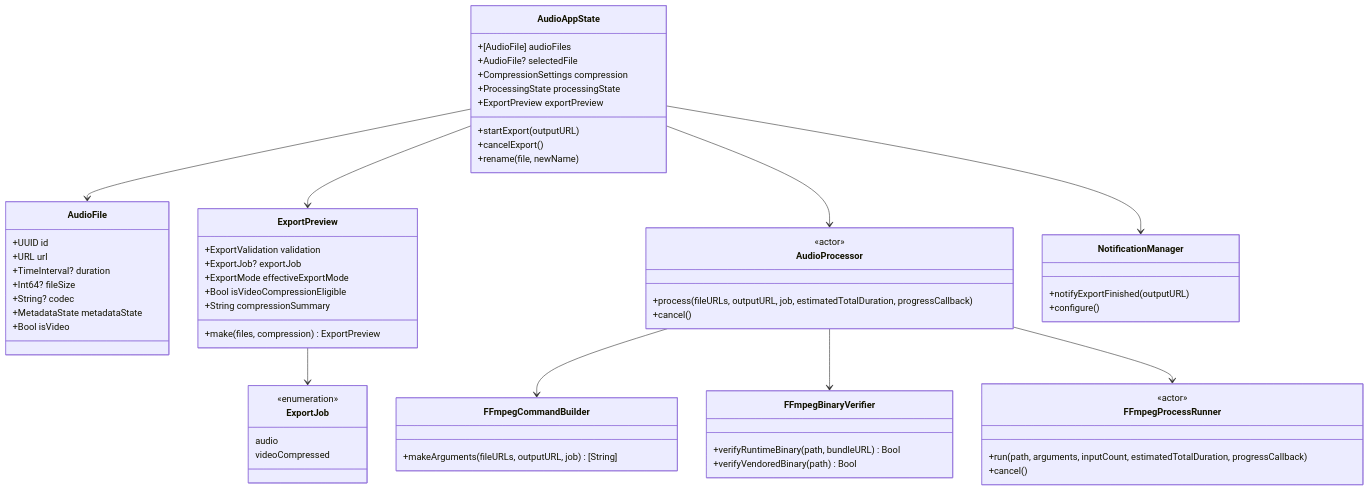
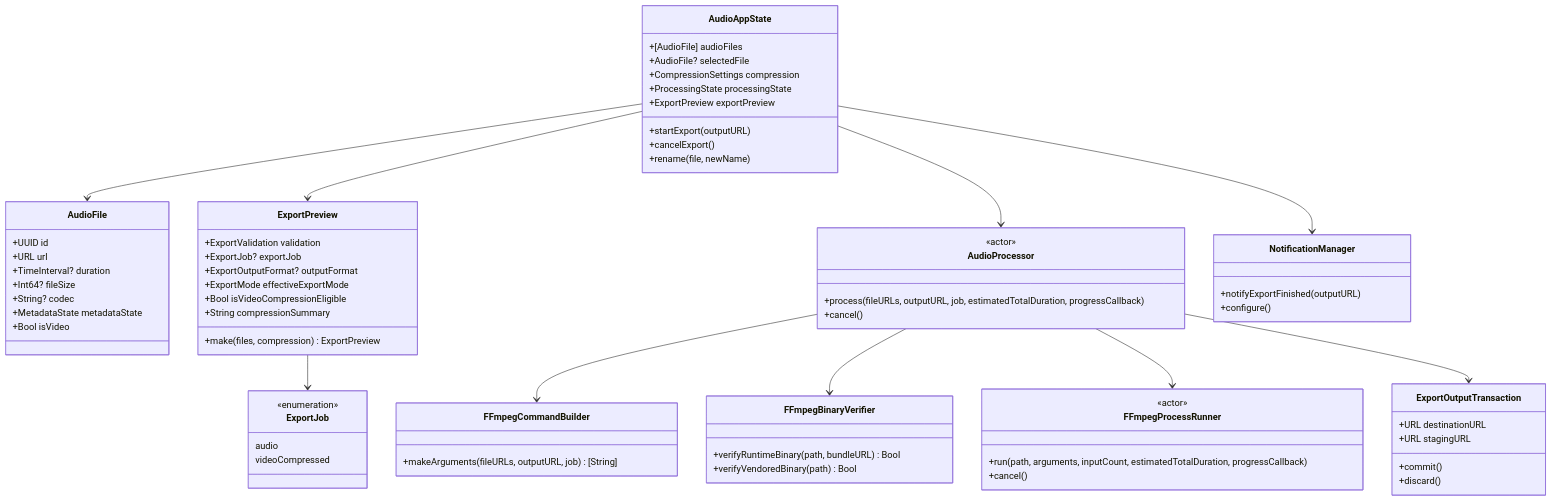
Before and after one commit to CometaSensitiva/AudioPro: the third of 8 diagrams in docs/architecture.md, drawn with Mermaid. The commit also changed other lines of this file and 12 other files, not shown here.

````diff
--- a/docs/architecture.md
+++ b/docs/architecture.md
@@ -74,73 +76,82 @@
 ```mermaid
 classDiagram
     class AudioFile {
         +UUID id
         +URL url
         +TimeInterval? duration
         +Int64? fileSize
         +String? codec
         +MetadataState metadataState
         +Bool isVideo
     }
 
     class AudioAppState {
         +[AudioFile] audioFiles
         +AudioFile? selectedFile
         +CompressionSettings compression
         +ProcessingState processingState
         +ExportPreview exportPreview
         +startExport(outputURL)
         +cancelExport()
         +rename(file, newName)
     }
 
     class ExportPreview {
         +ExportValidation validation
         +ExportJob? exportJob
+        +ExportOutputFormat? outputFormat
         +ExportMode effectiveExportMode
         +Bool isVideoCompressionEligible
         +String compressionSummary
         +make(files, compression) ExportPreview
     }
 
     class ExportJob {
         <<enumeration>>
         audio
         videoCompressed
     }
 
     class AudioProcessor {
         <<actor>>
         +process(fileURLs, outputURL, job, estimatedTotalDuration, progressCallback)
         +cancel()
     }
 
     class FFmpegCommandBuilder {
         +makeArguments(fileURLs, outputURL, job) [String]
     }
 
     class FFmpegBinaryVerifier {
         +verifyRuntimeBinary(path, bundleURL) Bool
         +verifyVendoredBinary(path) Bool
     }
 
     class FFmpegProcessRunner {
         <<actor>>
         +run(path, arguments, inputCount, estimatedTotalDuration, progressCallback)
         +cancel()
     }
 
+    class ExportOutputTransaction {
+        +URL destinationURL
+        +URL stagingURL
+        +commit()
+        +discard()
+    }
+
     class NotificationManager {
         +notifyExportFinished(outputURL)
         +configure()
     }
 
     AudioAppState --> AudioFile
     AudioAppState --> ExportPreview
     ExportPreview --> ExportJob
     AudioAppState --> AudioProcessor
     AudioAppState --> NotificationManager
     AudioProcessor --> FFmpegCommandBuilder
     AudioProcessor --> FFmpegBinaryVerifier
     AudioProcessor --> FFmpegProcessRunner
+    AudioProcessor --> ExportOutputTransaction
 ```
````
